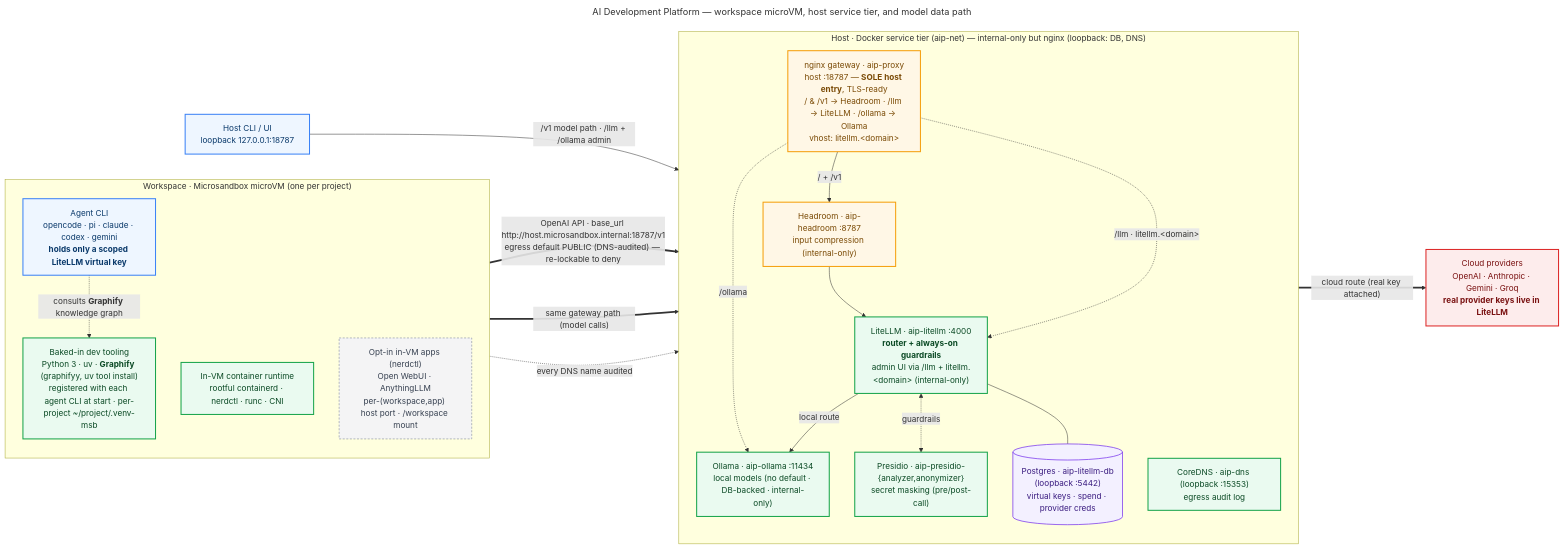
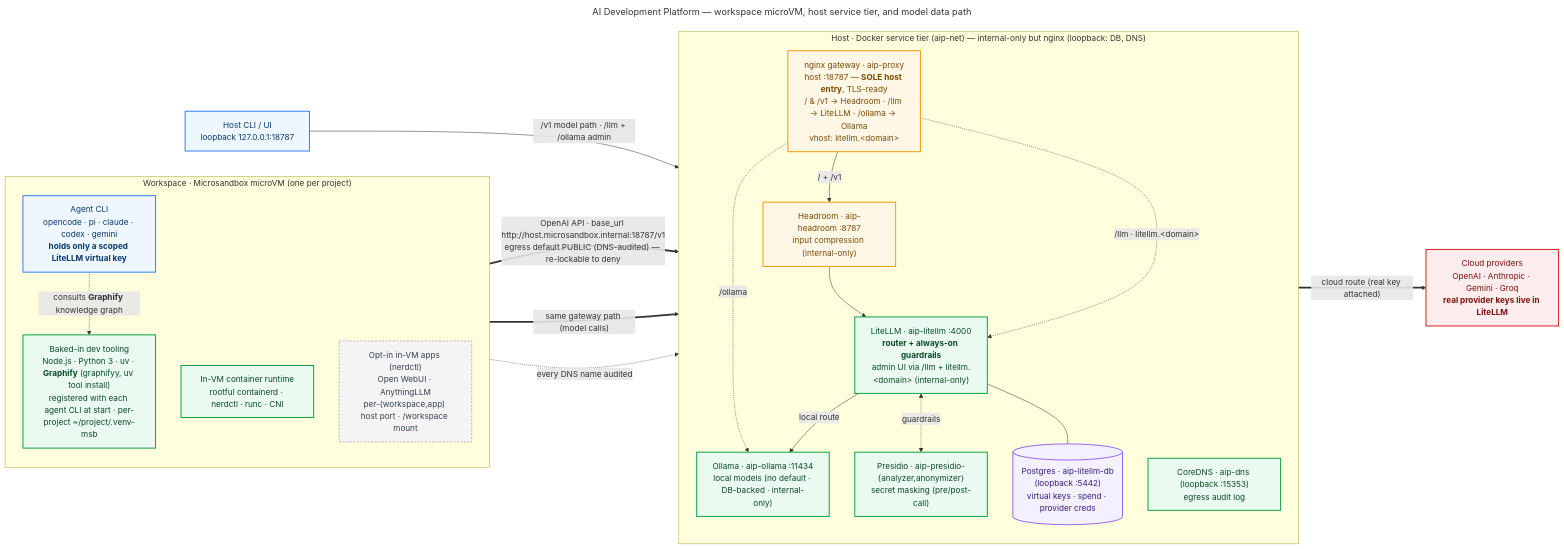
One commit to jt-helsinki/stack-genie changed the diagram in docs/architecture.mmd. Above: the diagram before and after it, drawn with Mermaid. The commit also changed 10 other files, not shown here.

```diff
--- a/docs/architecture.mmd
+++ b/docs/architecture.mmd
@@ -1,45 +1,45 @@
 ---
 title: AI Development Platform — workspace microVM, host service tier, and model data path
 ---
 flowchart LR
   classDef vm fill:#eef6ff,stroke:#3b82f6,stroke-width:2px,color:#0b3a6b;
   classDef gw fill:#fff7e6,stroke:#f59e0b,stroke-width:2px,color:#7a4a05;
   classDef core fill:#eafaf0,stroke:#16a34a,stroke-width:2px,color:#0b4a25;
   classDef store fill:#f3f0ff,stroke:#7c3aed,stroke-width:1.5px,color:#3b1d80;
   classDef opt fill:#f4f4f5,stroke:#9ca3af,stroke-width:1.5px,stroke-dasharray:4 3,color:#374151;
   classDef cloud fill:#fdecec,stroke:#dc2626,stroke-width:2px,color:#7a1212;
 
   subgraph WS["Workspace · Microsandbox microVM (one per project)"]
     direction TB
     AGENT["Agent CLI<br/>opencode · pi · claude · codex · gemini<br/><b>holds only a scoped LiteLLM virtual key</b>"]:::vm
     RT["In-VM container runtime<br/>rootful containerd · nerdctl · runc · CNI"]:::core
-    TOOLS["Baked-in dev tooling<br/>Python 3 · uv · <b>Graphify</b> (graphifyy, uv tool install)<br/>registered with each agent CLI at start · per-project ~/project/.venv-msb"]:::core
+    TOOLS["Baked-in dev tooling<br/>Node.js · Python 3 · uv · <b>Graphify</b> (graphifyy, uv tool install)<br/>registered with each agent CLI at start · per-project ~/project/.venv-msb"]:::core
     APPS["Opt-in in-VM apps (nerdctl)<br/>Open WebUI · AnythingLLM<br/>per-(workspace,app) host port · /workspace mount"]:::opt
   end
 
   subgraph TIER["Host · Docker service tier (aip-net) — internal-only but nginx (loopback: DB, DNS)"]
     direction TB
     PROXY["nginx gateway · aip-proxy<br/>host :18787 — <b>SOLE host entry</b>, TLS-ready<br/>/ &amp; /v1 → Headroom · /llm → LiteLLM · /ollama → Ollama<br/>vhost: litellm.&lt;domain&gt;"]:::gw
     HEAD["Headroom · aip-headroom :8787<br/>input compression (internal-only)"]:::gw
     LLM["LiteLLM · aip-litellm :4000<br/><b>router + always-on guardrails</b><br/>admin UI via /llm + litellm.&lt;domain&gt; (internal-only)"]:::core
     PG[("Postgres · aip-litellm-db<br/>(loopback :5442)<br/>virtual keys · spend · provider creds")]:::store
     PRES["Presidio · aip-presidio-{analyzer,anonymizer}<br/>secret masking (pre/post-call)"]:::core
     OLL["Ollama · aip-ollama :11434<br/>local models (no default · DB-backed · internal-only)"]:::core
     DNS["CoreDNS · aip-dns (loopback :15353)<br/>egress audit log"]:::core
   end
 
   CLI["Host CLI / UI<br/>loopback 127.0.0.1:18787"]:::vm
   CLOUD["Cloud providers<br/>OpenAI · Anthropic · Gemini · Groq<br/><b>real provider keys live in LiteLLM</b>"]:::cloud
 
   AGENT == "OpenAI API · base_url http://host.microsandbox.internal:18787/v1<br/>egress default PUBLIC (DNS-audited) — re-lockable to deny" ==> PROXY
   APPS == "same gateway path (model calls)" ==> PROXY
   CLI -- "/v1 model path · /llm + /ollama admin" --> PROXY
   AGENT -. "every DNS name audited" .-> DNS
   AGENT -. "consults <b>Graphify</b> knowledge graph" .-> TOOLS
   PROXY -- "/ + /v1" --> HEAD --> LLM
   PROXY -. "/llm · litellm.&lt;domain&gt;" .-> LLM
   PROXY -. "/ollama" .-> OLL
   LLM <-. "guardrails" .-> PRES
   LLM --- PG
   LLM -- "local route" --> OLL
   LLM == "cloud route (real key attached)" ==> CLOUD
```
